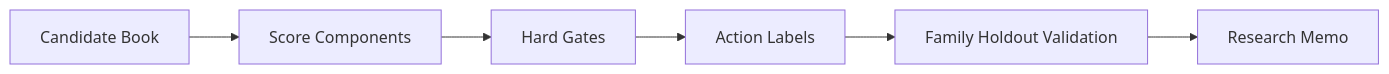
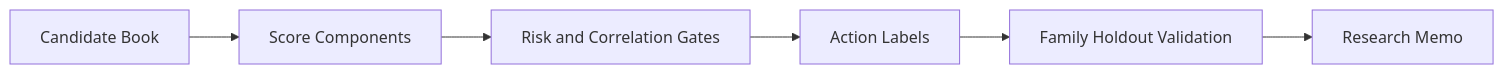
One commit to braxtonmensah/systematic-research-pipeline changed the diagram in README.md. Above: the diagram before and after it, drawn with Mermaid. The commit also changed other lines of this file, not shown here.

````diff
--- a/README.md
+++ b/README.md
@@ -35,8 +24,8 @@
 ```mermaid
 flowchart LR
     A["Candidate Book"] --> B["Score Components"]
-    B --> C["Hard Gates"]
+    B --> C["Risk and Correlation Gates"]
     C --> D["Action Labels"]
     D --> E["Family Holdout Validation"]
     E --> F["Research Memo"]
 ```
````
